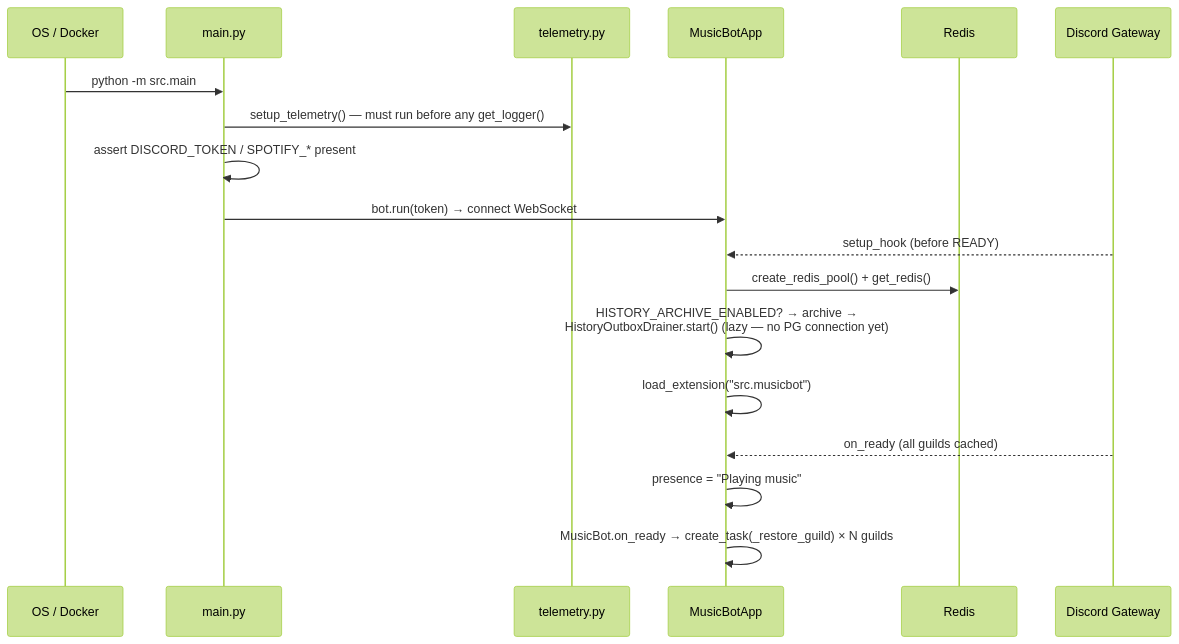
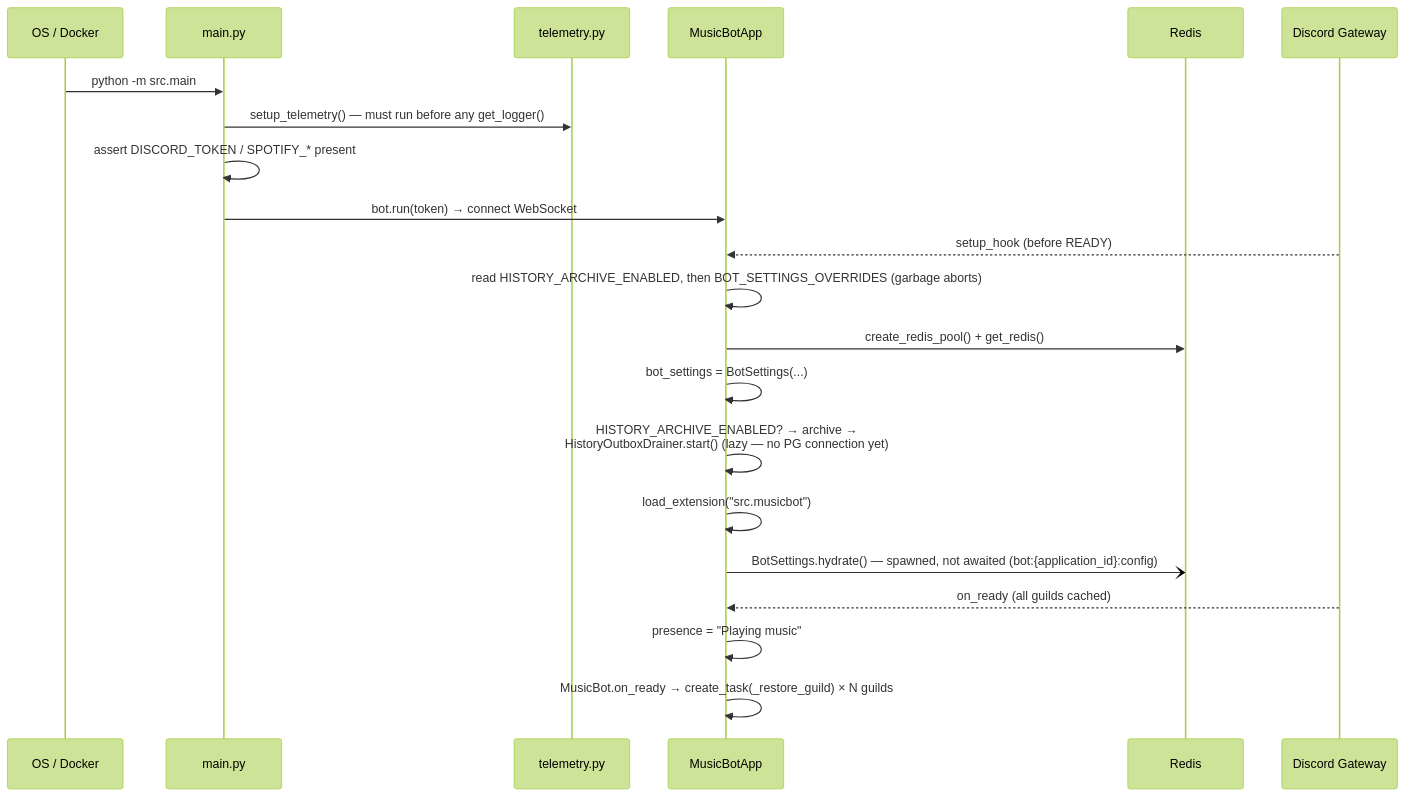
Before and after one commit to kawadeomkar/discord-music-bot: the fourth of 15 diagrams in docs/ARCHITECTURE.md, drawn with Mermaid (forest theme). The commit also changed other lines of this file and 15 other files, not shown here.

````diff
--- a/docs/ARCHITECTURE.md
+++ b/docs/ARCHITECTURE.md
@@ -399,21 +400,24 @@
 ```mermaid
 sequenceDiagram
     participant OS as OS / Docker
     participant Main as main.py
     participant Tel as telemetry.py
     participant Bot as MusicBotApp
     participant Redis as Redis
     participant Discord as Discord Gateway
 
     OS->>Main: python -m src.main
     Main->>Tel: setup_telemetry() — must run before any get_logger()
     Main->>Main: assert DISCORD_TOKEN / SPOTIFY_* present
     Main->>Bot: bot.run(token) → connect WebSocket
     Discord-->>Bot: setup_hook (before READY)
+    Bot->>Bot: read HISTORY_ARCHIVE_ENABLED, then BOT_SETTINGS_OVERRIDES (garbage aborts)
     Bot->>Redis: create_redis_pool() + get_redis()
+    Bot->>Bot: bot_settings = BotSettings(...)
     Bot->>Bot: HISTORY_ARCHIVE_ENABLED? → archive →<br/>HistoryOutboxDrainer.start() (lazy — no PG connection yet)
     Bot->>Bot: load_extension("src.musicbot")
+    Bot-)Redis: BotSettings.hydrate() — spawned, not awaited (bot:{application_id}:config)
     Discord-->>Bot: on_ready (all guilds cached)
     Bot->>Bot: presence = "Playing music"
     Bot->>Bot: MusicBot.on_ready → create_task(_restore_guild) × N guilds
 ```
````
